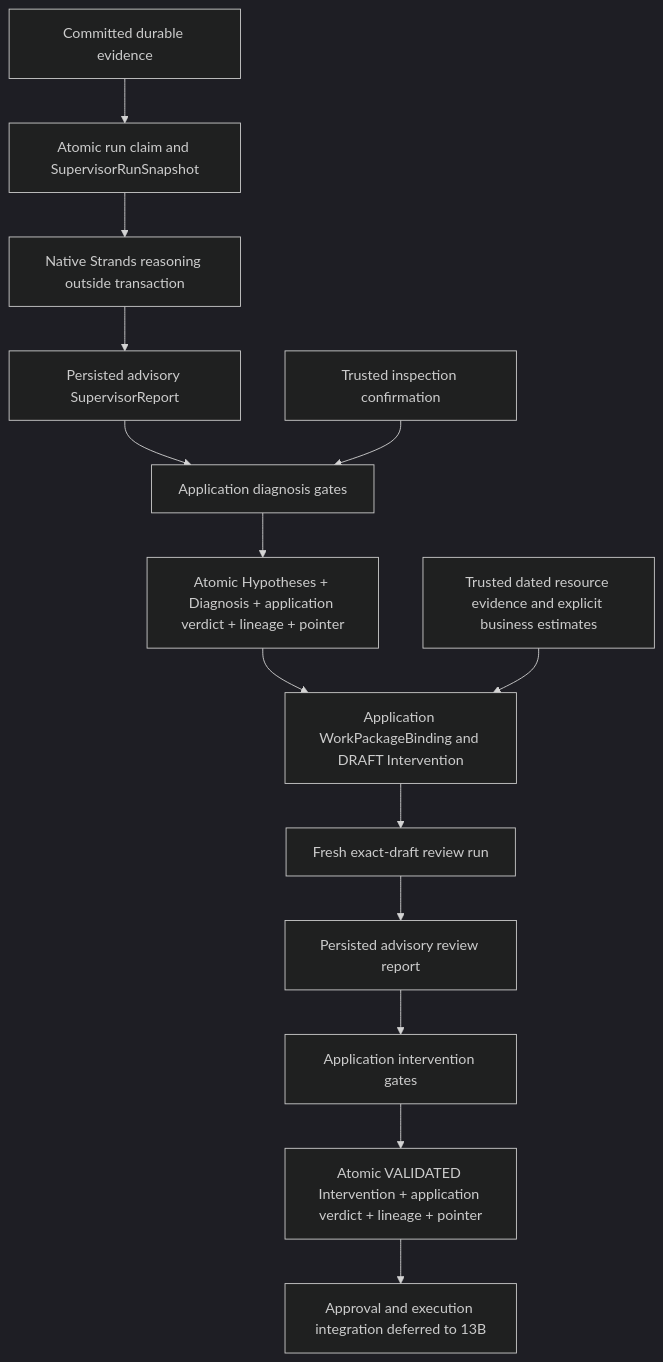
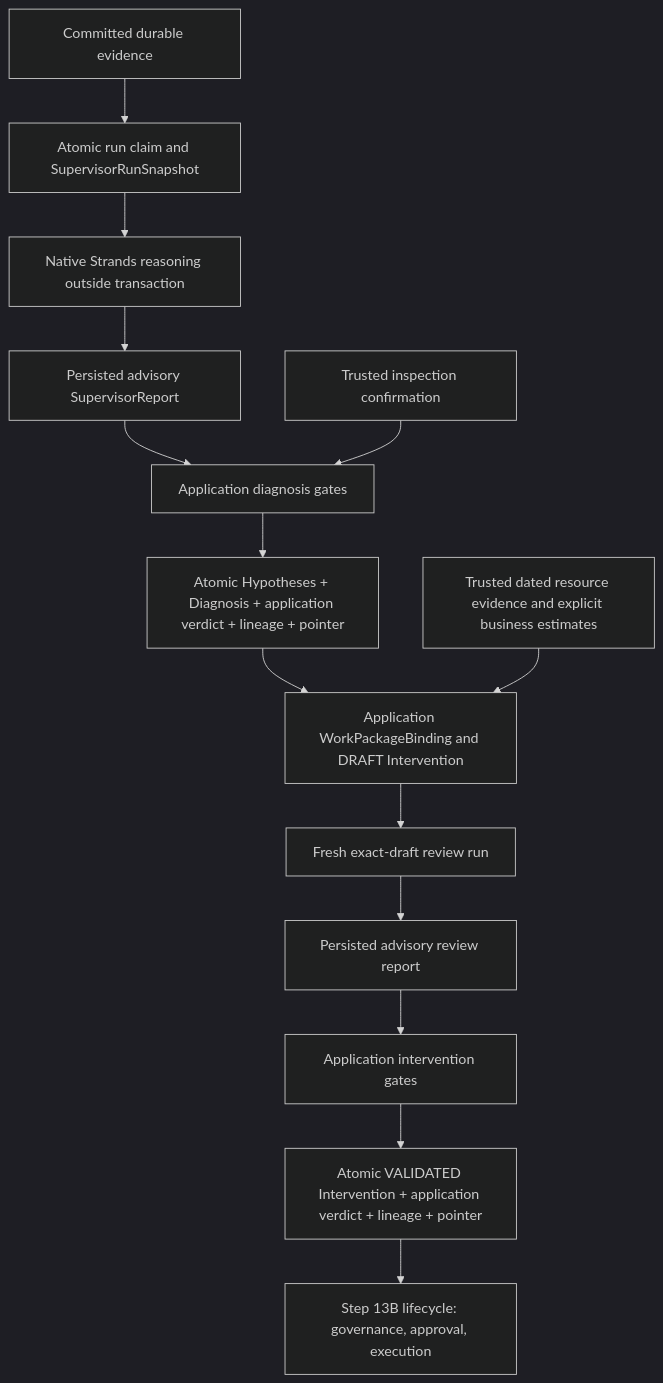
The second of 2 diagrams in docs/OPERON_ARCHITECTURE.md (DyausG/operon), drawn with Mermaid (dark theme) before and after one commit. The commit also changed other lines of this file and 26 other files, not shown here.

````diff
--- a/docs/OPERON_ARCHITECTURE.md
+++ b/docs/OPERON_ARCHITECTURE.md
@@ -21,16 +69,16 @@
 ```mermaid
 flowchart TD
     E[Committed durable evidence] --> S[Atomic run claim and SupervisorRunSnapshot]
     S --> A[Native Strands reasoning outside transaction]
     A --> R[Persisted advisory SupervisorReport]
     R --> D[Application diagnosis gates]
     T[Trusted inspection confirmation] --> D
     D --> DP[Atomic Hypotheses + Diagnosis + application verdict + lineage + pointer]
     DP --> B[Application WorkPackageBinding and DRAFT Intervention]
     RC[Trusted dated resource evidence and explicit business estimates] --> B
     B --> RS[Fresh exact-draft review run]
     RS --> RR[Persisted advisory review report]
     RR --> I[Application intervention gates]
     I --> IP[Atomic VALIDATED Intervention + application verdict + lineage + pointer]
-    IP --> F[Approval and execution integration deferred to 13B]
+    IP --> F[Step 13B lifecycle: governance, approval, execution]
 ```
````
